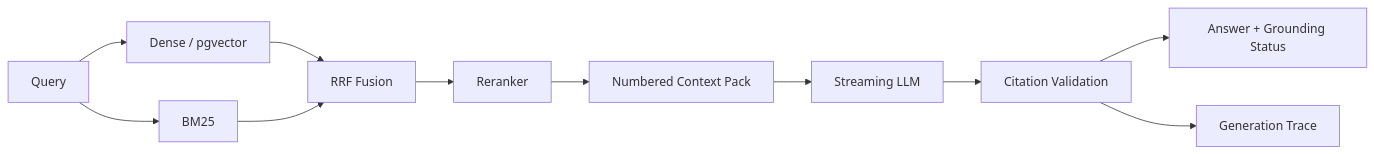
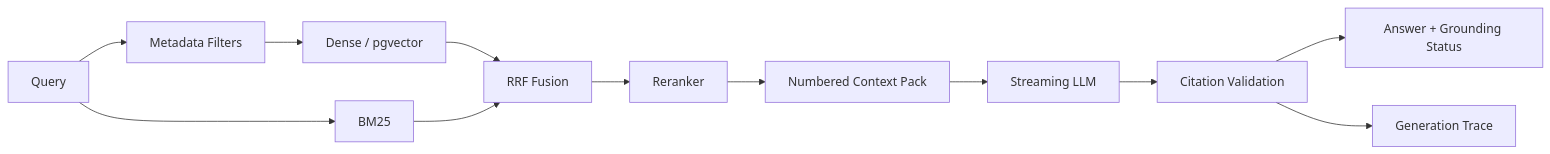
Before and after one commit to quanzhan-zzz/policy-rag-studio: the third of 3 diagrams in docs/architecture.md, drawn with Mermaid. The commit also changed other lines of this file and 32 other files, not shown here.

````diff
--- a/docs/architecture.md
+++ b/docs/architecture.md
@@ -120,13 +128,14 @@
 ```mermaid
 flowchart LR
-    Q[Query] --> D[Dense / pgvector]
+    Q[Query] --> F[Metadata Filters]
+    F --> D[Dense / pgvector]
     Q --> B[BM25]
     D --> RRF[RRF Fusion]
     B --> RRF
     RRF --> R[Reranker]
     R --> CTX[Numbered Context Pack]
     CTX --> GEN[Streaming LLM]
     GEN --> V[Citation Validation]
     V --> ANS[Answer + Grounding Status]
     V --> TRACE[Generation Trace]
 ```
````
